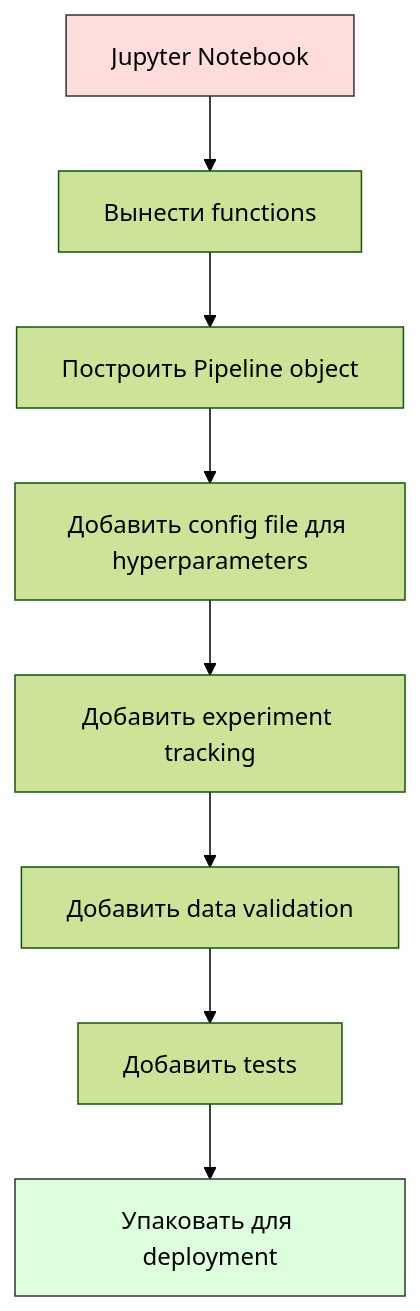
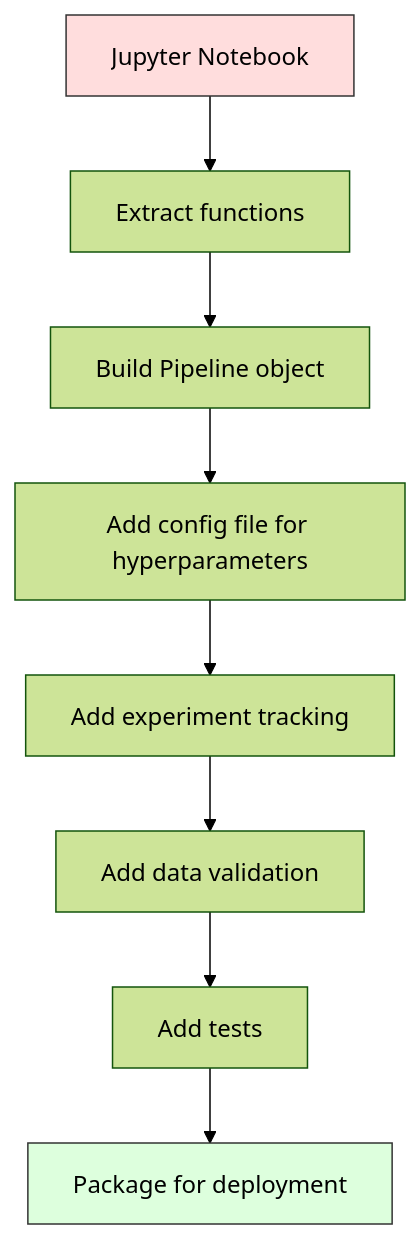
One commit to stabuev/ai-engineering-from-scratch changed the second of 2 diagrams in phases/02-ml-fundamentals/13-ml-pipelines/docs/ru.md. Above: the diagram before and after it, drawn with Mermaid (forest theme). The commit also changed other lines of this file and 182 other files, not shown here.

````diff
--- a/phases/02-ml-fundamentals/13-ml-pipelines/docs/ru.md
+++ b/phases/02-ml-fundamentals/13-ml-pipelines/docs/ru.md
@@ -225,13 +225,13 @@
 ```mermaid
 flowchart TD
-    A[Jupyter Notebook] --> B[Вынести functions]
-    B --> C[Построить Pipeline object]
-    C --> D[Добавить config file для hyperparameters]
-    D --> E[Добавить experiment tracking]
-    E --> F[Добавить data validation]
-    F --> G[Добавить tests]
-    G --> H[Упаковать для deployment]
+    A[Jupyter Notebook] --> B[Extract functions]
+    B --> C[Build Pipeline object]
+    C --> D[Add config file for hyperparameters]
+    D --> E[Add experiment tracking]
+    E --> F[Add data validation]
+    F --> G[Add tests]
+    G --> H[Package for deployment]
 
     style A fill:#fdd,stroke:#333
     style H fill:#dfd,stroke:#333
 ```
````
